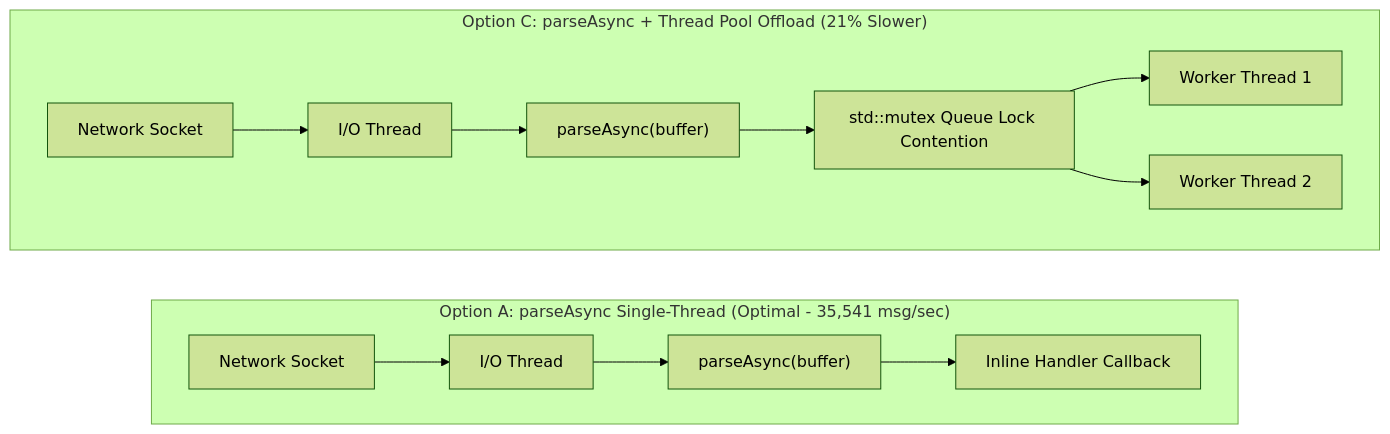
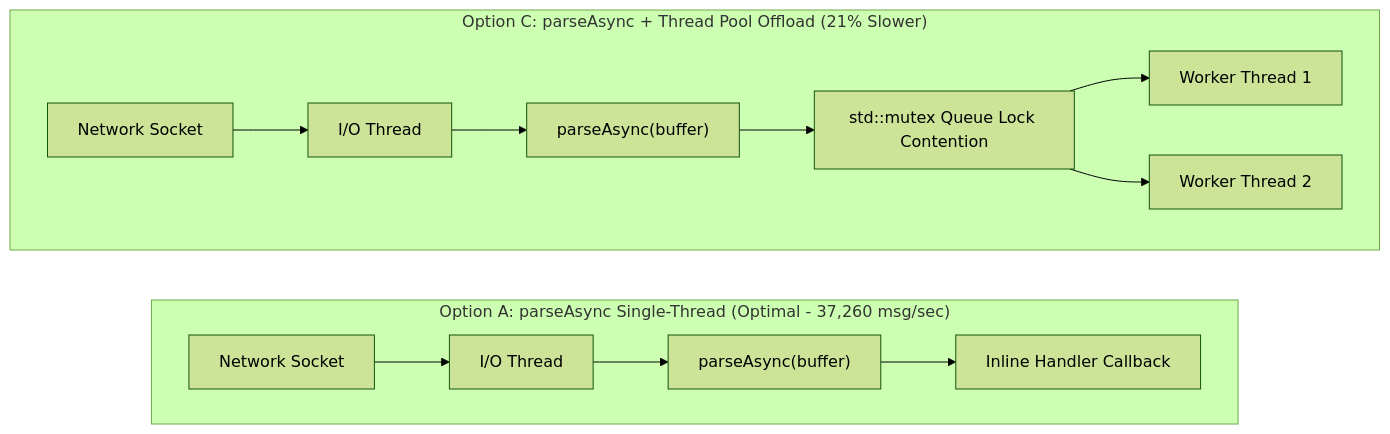
One commit to SiddiqSoft/sip2json changed the diagram in docs/features/benchmarks.md. Above: the diagram before and after it, drawn with Mermaid (forest theme). The commit also changed other lines of this file and 4 other files, not shown here.

````diff
--- a/docs/features/benchmarks.md
+++ b/docs/features/benchmarks.md
@@ -29,18 +29,18 @@
 ```mermaid
 flowchart LR
-    subgraph OptionA ["Option A: parseAsync Single-Thread (Optimal - 35,541 msg/sec)"]
+    subgraph OptionA ["Option A: parseAsync Single-Thread (Optimal - 37,260 msg/sec)"]
         direction LR
         SockA["Network Socket"] --> IOA["I/O Thread"]
         IOA --> PA["parseAsync(buffer)"]
         PA --> CBA["Inline Handler Callback"]
     end
     
     subgraph OptionC ["Option C: parseAsync + Thread Pool Offload (21% Slower)"]
         direction LR
         SockC["Network Socket"] --> IOC["I/O Thread"]
         IOC --> PC["parseAsync(buffer)"]
         PC --> Mtx["std::mutex Queue Lock Contention"]
         Mtx --> W1["Worker Thread 1"]
         Mtx --> W2["Worker Thread 2"]
     end
 ```
````
